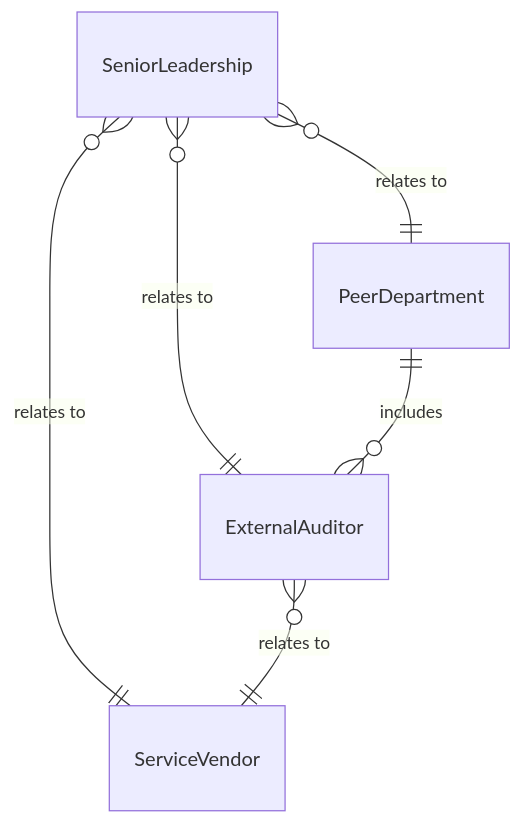
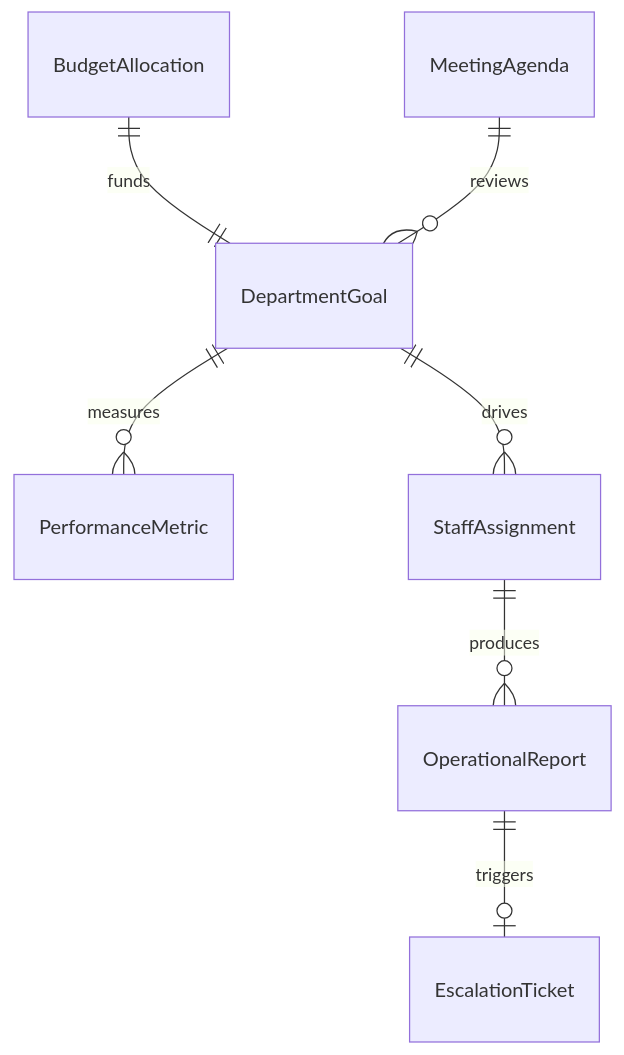
The first of 4 diagrams in GuidingDirectingAndMotivatingSubordinates/DirectOrganizationalOperationsActivitiesOrProcedures/DirectDepartmentActivities.mdx (dot-org-ai/tasks.org.ai), drawn with Mermaid before and after one commit. The commit also changed other lines of this file and 515 other files, not shown here.

````diff
--- a/GuidingDirectingAndMotivatingSubordinates/DirectOrganizationalOperationsActivitiesOrProcedures/DirectDepartmentActivities.mdx
+++ b/GuidingDirectingAndMotivatingSubordinates/DirectOrganizationalOperationsActivitiesOrProcedures/DirectDepartmentActivities.mdx
@@ -90,8 +90,9 @@
 ```mermaid
 erDiagram
-    SeniorLeadership }o--|| PeerDepartment : "relates to"
-    SeniorLeadership }o--|| ExternalAuditor : "relates to"
-    SeniorLeadership }o--|| ServiceVendor : "relates to"
-    PeerDepartment ||--o{ ExternalAuditor : includes
-    ExternalAuditor }o--|| ServiceVendor : "relates to"
+    DepartmentGoal ||--o{ PerformanceMetric : "measures"
+    DepartmentGoal ||--o{ StaffAssignment : "drives"
+    StaffAssignment ||--o{ OperationalReport : "produces"
+    OperationalReport ||--o| EscalationTicket : "triggers"
+    BudgetAllocation ||--|| DepartmentGoal : "funds"
+    MeetingAgenda ||--o{ DepartmentGoal : "reviews"
 ```
````
